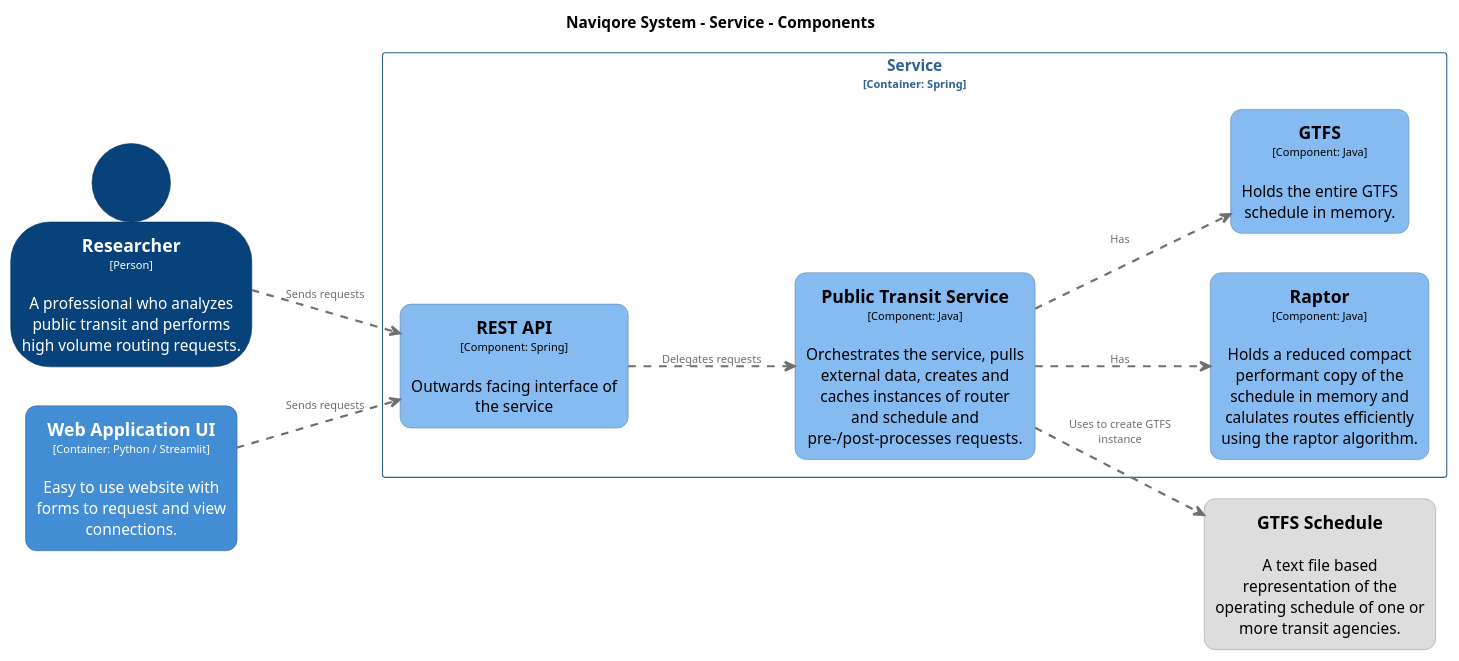
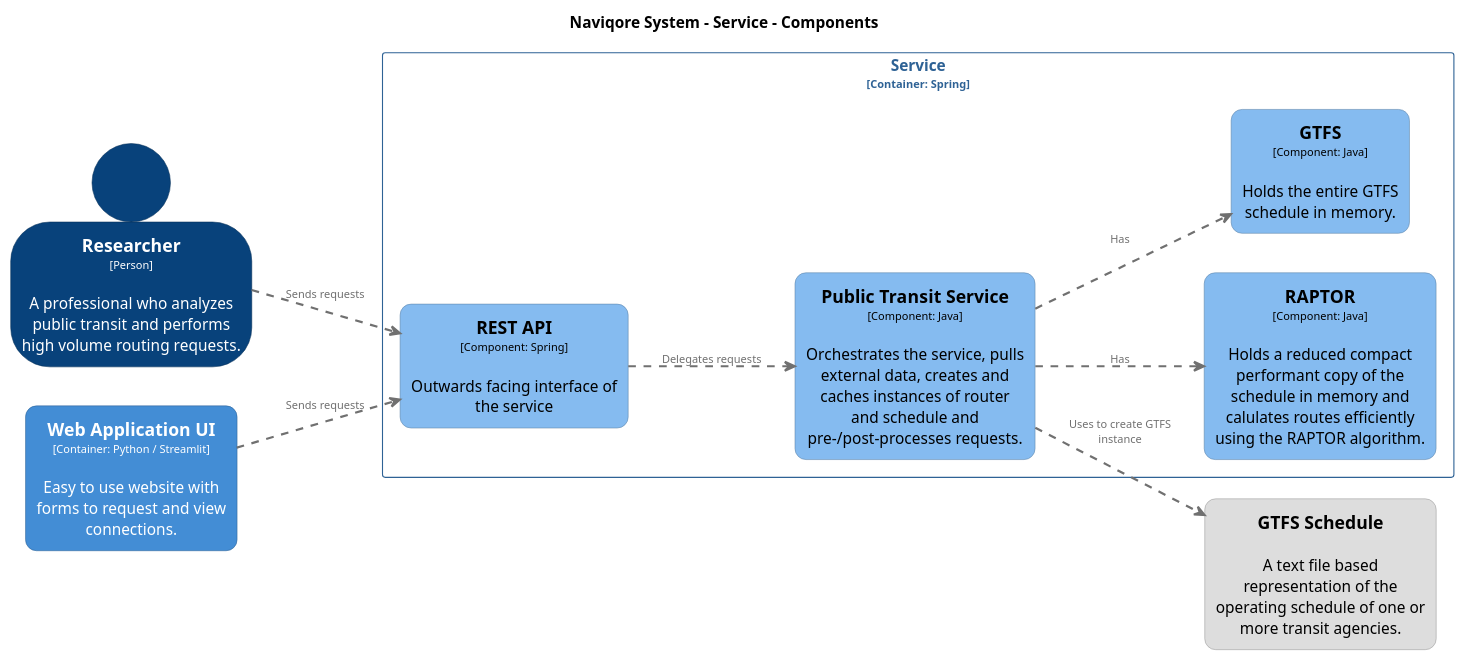
One commit to naviqore/documentation changed the third of 3 diagrams in Writerside/topics/c4-model.md. Above: the diagram before and after it, drawn with PlantUML. The commit also changed other lines of this file and 8 other files, not shown here.

```diff
--- a/Writerside/topics/c4-model.md
+++ b/Writerside/topics/c4-model.md
@@ -217,7 +217,7 @@
   roundCorner 20
   shadowing false
 }
-skinparam rectangle<<NaviqoreSystem.Service.Raptor>> {
+skinparam rectangle<<NaviqoreSystem.Service.RAPTOR>> {
   BackgroundColor #85bbf0
   FontColor #000000
   BorderColor #5d82a8
@@ -248,7 +248,7 @@
 rectangle "==Web Application UI\n<size:10>[Container: Python / Streamlit]</size>\n\nEasy to use website with forms to request and view connections." <<NaviqoreSystem.WebApplicationUI>> as NaviqoreSystem.WebApplicationUI
 
 rectangle "Service\n<size:10>[Container: Spring]</size>" <<NaviqoreSystem.Service>> {
-  rectangle "==Raptor\n<size:10>[Component: Java]</size>\n\nHolds a reduced compact performant copy of the schedule in memory and calulates routes efficiently using the raptor algorithm." <<NaviqoreSystem.Service.Raptor>> as NaviqoreSystem.Service.Raptor
+  rectangle "==RAPTOR\n<size:10>[Component: Java]</size>\n\nHolds a reduced compact performant copy of the schedule in memory and calulates routes efficiently using the RAPTOR algorithm." <<NaviqoreSystem.Service.RAPTOR>> as NaviqoreSystem.Service.RAPTOR
   rectangle "==GTFS\n<size:10>[Component: Java]</size>\n\nHolds the entire GTFS schedule in memory." <<NaviqoreSystem.Service.GTFS>> as NaviqoreSystem.Service.GTFS
   rectangle "==REST API\n<size:10>[Component: Spring]</size>\n\nOutwards facing interface of the service" <<NaviqoreSystem.Service.RESTAPI>> as NaviqoreSystem.Service.RESTAPI
   rectangle "==Public Transit Service\n<size:10>[Component: Java]</size>\n\nOrchestrates the service, pulls external data, creates and caches instances of router and schedule and pre-/post-processes requests." <<NaviqoreSystem.Service.PublicTransitService>> as NaviqoreSystem.Service.PublicTransitService
@@ -257,7 +257,7 @@
 NaviqoreSystem.WebApplicationUI .[#707070,thickness=2].> NaviqoreSystem.Service.RESTAPI : "<color:#707070>Sends requests"
 Researcher .[#707070,thickness=2].> NaviqoreSystem.Service.RESTAPI : "<color:#707070>Sends requests"
 NaviqoreSystem.Service.RESTAPI .[#707070,thickness=2].> NaviqoreSystem.Service.PublicTransitService : "<color:#707070>Delegates requests"
-NaviqoreSystem.Service.PublicTransitService .[#707070,thickness=2].> NaviqoreSystem.Service.Raptor : "<color:#707070>Has"
+NaviqoreSystem.Service.PublicTransitService .[#707070,thickness=2].> NaviqoreSystem.Service.RAPTOR : "<color:#707070>Has"
 NaviqoreSystem.Service.PublicTransitService .[#707070,thickness=2].> NaviqoreSystem.Service.GTFS : "<color:#707070>Has"
 NaviqoreSystem.Service.PublicTransitService .[#707070,thickness=2].> 4 : "<color:#707070>Uses to create GTFS instance"
 @enduml
```
